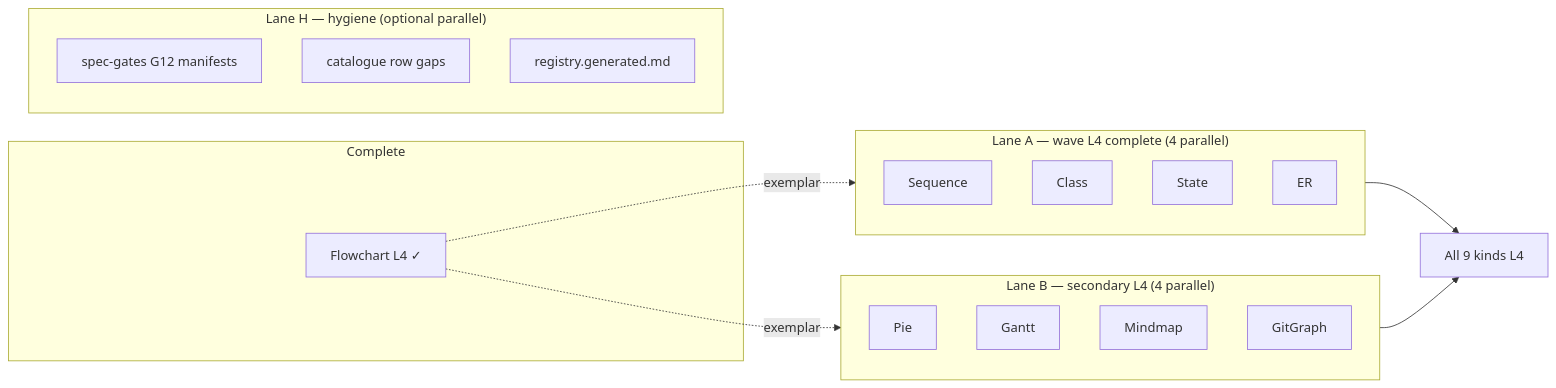
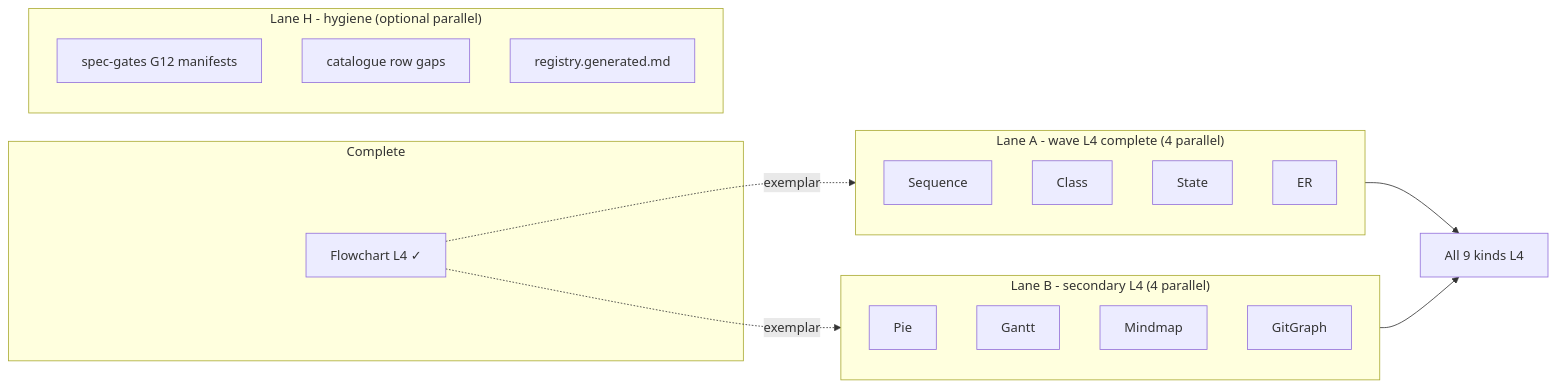
The first of 2 diagrams in parity-roadmap.md (VaderConsulting/MarkdownToDocX), drawn with Mermaid before and after one commit. The commit also changed other lines of this file and 16 other files, not shown here.

````diff
--- a/parity-roadmap.md
+++ b/parity-roadmap.md
@@ -76,31 +76,31 @@
 ```mermaid
 flowchart LR
   subgraph complete["Complete"]
     FC["Flowchart L4 ✓"]
   end
 
-  subgraph laneA["Lane A — wave L4 complete (4 parallel)"]
+  subgraph laneA["Lane A - wave L4 complete (4 parallel)"]
     S["Sequence"]
     C["Class"]
     ST["State"]
     ER["ER"]
   end
 
-  subgraph laneB["Lane B — secondary L4 (4 parallel)"]
+  subgraph laneB["Lane B - secondary L4 (4 parallel)"]
     P["Pie"]
     G["Gantt"]
     M["Mindmap"]
     GG["GitGraph"]
   end
 
-  subgraph laneH["Lane H — hygiene (optional parallel)"]
+  subgraph laneH["Lane H - hygiene (optional parallel)"]
     H1["spec-gates G12 manifests"]
     H2["catalogue row gaps"]
     H3["registry.generated.md"]
   end
 
   FC -.->|"exemplar"| laneA
   FC -.->|"exemplar"| laneB
   laneA --> DONE["All 9 kinds L4"]
   laneB --> DONE
 ```
````
